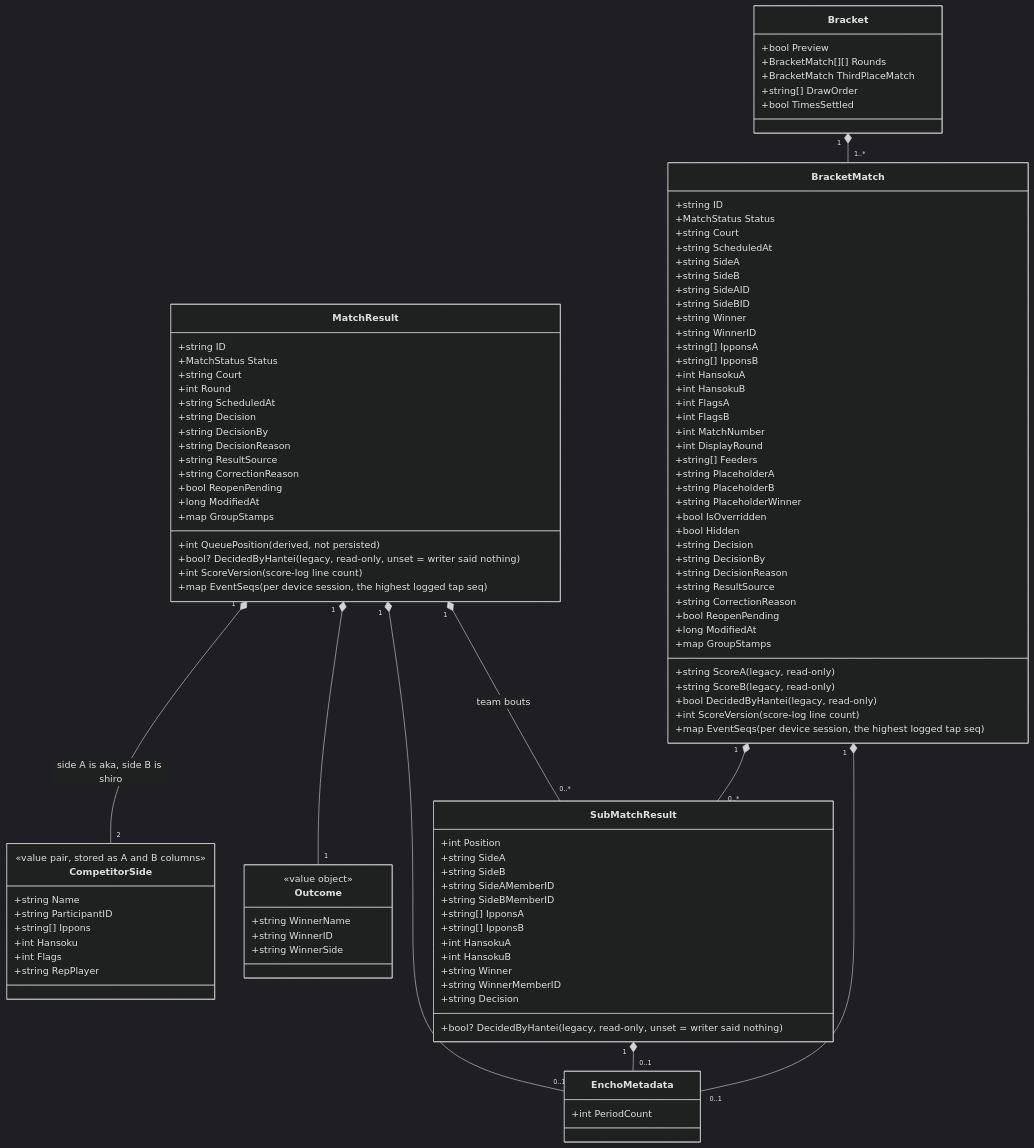
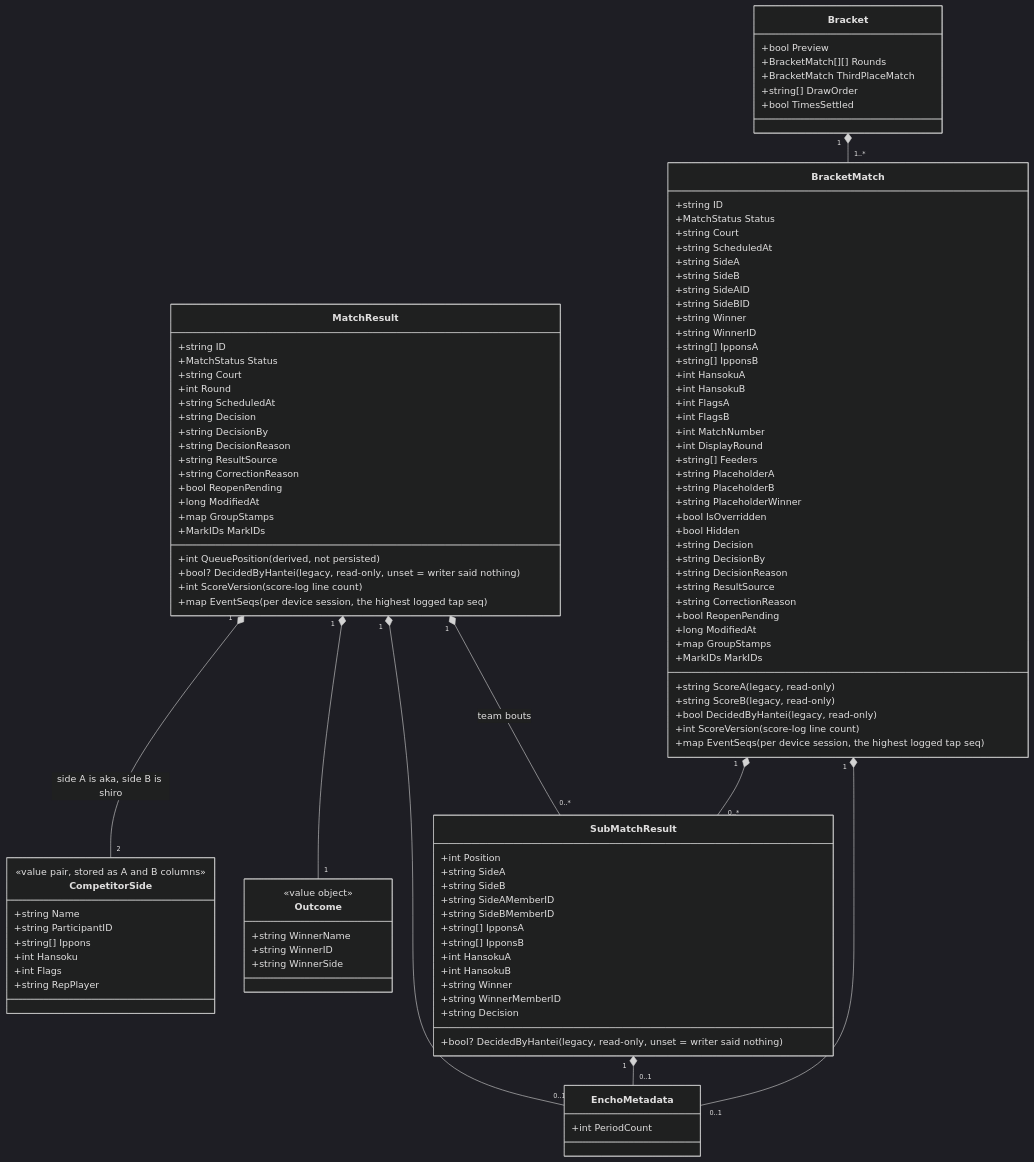
One commit to gitrgoliveira/bracket-creator changed the second of 4 diagrams in docs/architecture/data-model.md. Above: the diagram before and after it, drawn with Mermaid (dark theme). The commit also changed other lines of this file and 3 other files, not shown here.

```diff
--- a/docs/architecture/data-model.md
+++ b/docs/architecture/data-model.md
@@ -254,6 +254,7 @@
         +bool ReopenPending
         +long ModifiedAt
         +map GroupStamps
+        +MarkIDs MarkIDs
         +int ScoreVersion (score-log line count)
         +map EventSeqs (per device session, the highest logged tap seq)
     }
@@ -339,6 +340,7 @@
         +bool DecidedByHantei (legacy, read-only)
         +long ModifiedAt
         +map GroupStamps
+        +MarkIDs MarkIDs
         +int ScoreVersion (score-log line count)
         +map EventSeqs (per device session, the highest logged tap seq)
     }
```
